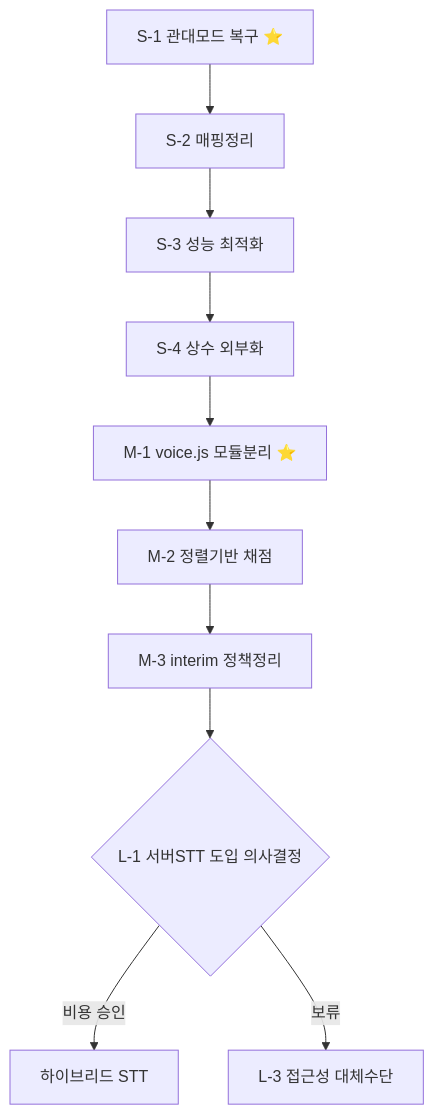
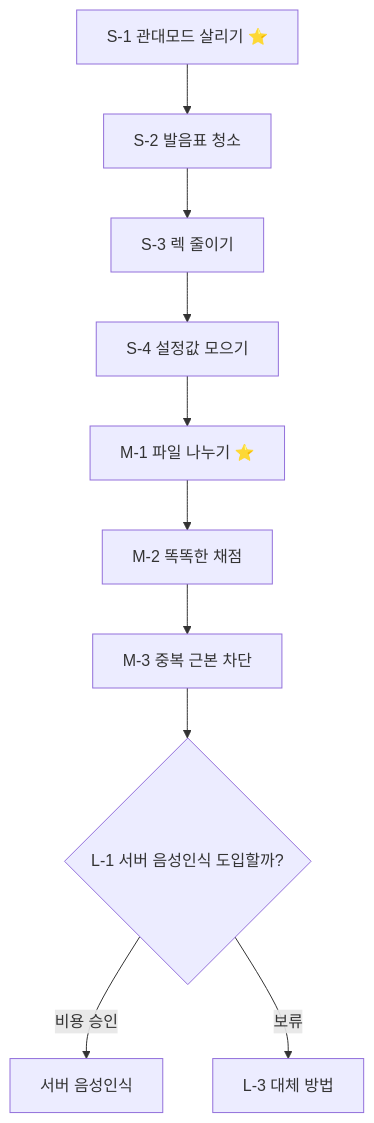
Before and after one commit to junwoo7979-source/PAT_Bible: the diagram in docs/re/refact-01.md, drawn with Mermaid. The commit also changed other lines of this file and 4 other files, not shown here.

````diff
--- a/docs/re/refact-01.md
+++ b/docs/re/refact-01.md
@@ -120,12 +113,12 @@
 ```mermaid
 graph TD
-    A[S-1 관대모드 복구 ⭐] --> B[S-2 매핑정리]
-    B --> C[S-3 성능 최적화]
-    C --> D[S-4 상수 외부화]
-    D --> E[M-1 voice.js 모듈분리 ⭐]
-    E --> F[M-2 정렬기반 채점]
-    F --> G[M-3 interim 정책정리]
-    G --> H{L-1 서버STT 도입 의사결정}
-    H -->|비용 승인| I[하이브리드 STT]
-    H -->|보류| J[L-3 접근성 대체수단]
+    A[S-1 관대모드 살리기 ⭐] --> B[S-2 발음표 청소]
+    B --> C[S-3 렉 줄이기]
+    C --> D[S-4 설정값 모으기]
+    D --> E[M-1 파일 나누기 ⭐]
+    E --> F[M-2 똑똑한 채점]
+    F --> G[M-3 중복 근본 차단]
+    G --> H{L-1 서버 음성인식 도입할까?}
+    H -->|비용 승인| I[서버 음성인식]
+    H -->|보류| J[L-3 대체 방법]
 ```
````
